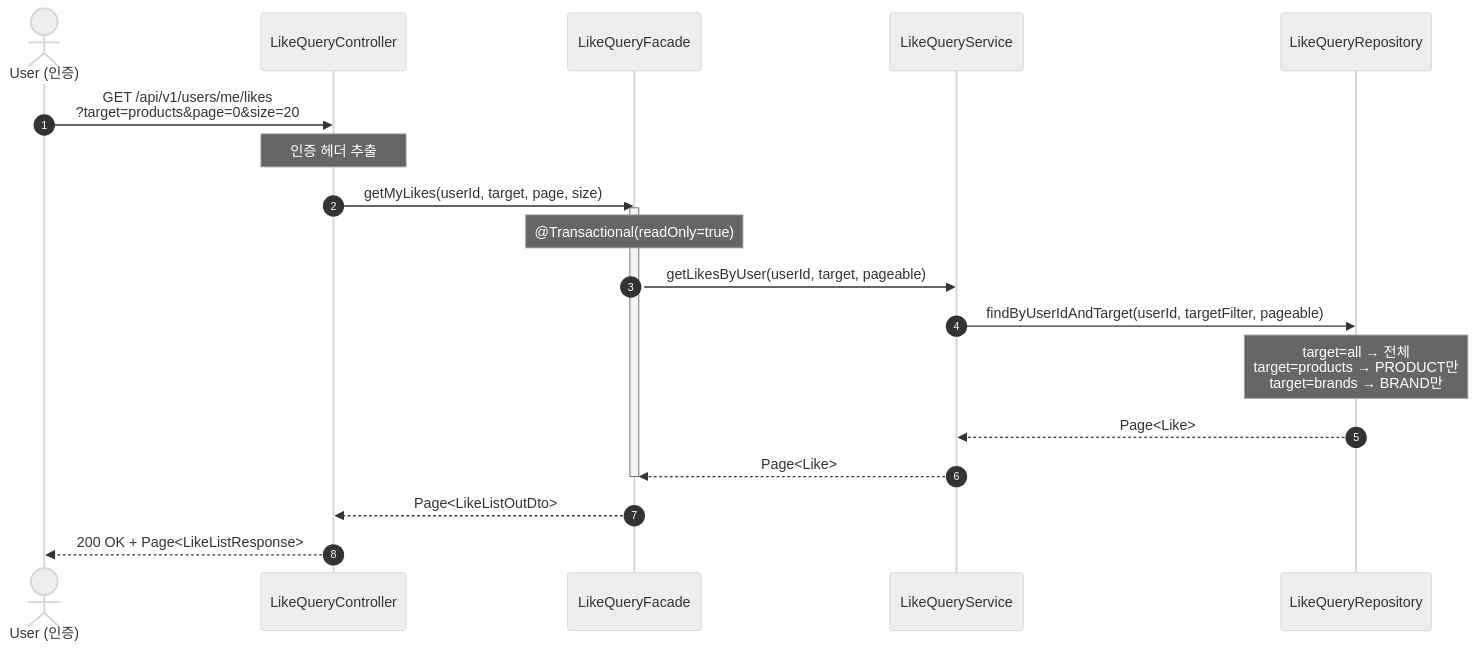
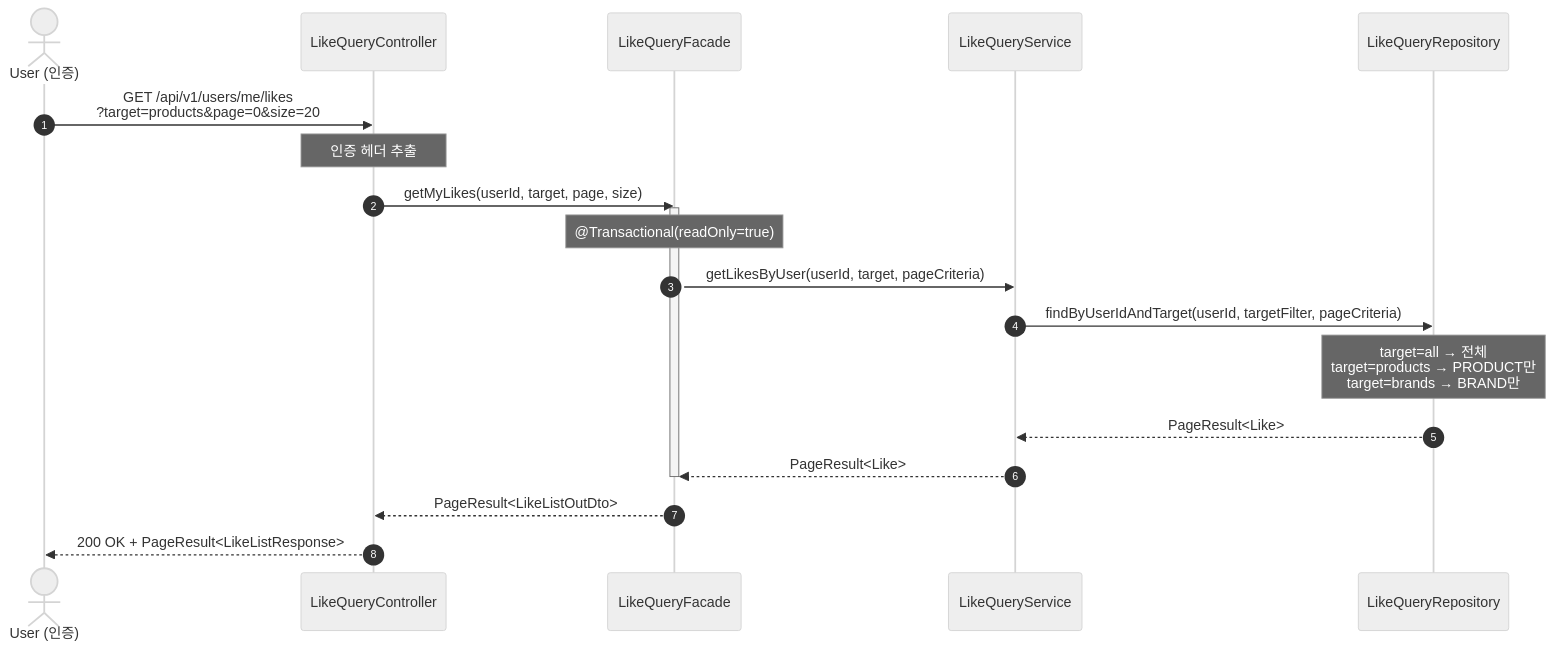
One commit to Hwan0518/loop-pack-be-l2-vol3-java changed diagram 13 of 26 in docs/design/02-sequence-diagrams.md. Above: the diagram before and after it, drawn with Mermaid (neutral theme). The commit also changed other lines of this file and 7 other files, not shown here.

````diff
--- a/docs/design/02-sequence-diagrams.md
+++ b/docs/design/02-sequence-diagrams.md
@@ -709,25 +709,25 @@
 ```mermaid
 sequenceDiagram
     autonumber
     actor User as User (인증)
     participant Controller as LikeQueryController
     participant Facade as LikeQueryFacade
     participant Service as LikeQueryService
     participant Repository as LikeQueryRepository
 
     User->>Controller: GET /api/v1/users/me/likes<br/>?target=products&page=0&size=20
     Note over Controller: 인증 헤더 추출
     Controller->>Facade: getMyLikes(userId, target, page, size)
     activate Facade
     Note over Facade: @Transactional(readOnly=true)
 
-    Facade->>Service: getLikesByUser(userId, target, pageable)
-    Service->>Repository: findByUserIdAndTarget(userId, targetFilter, pageable)
+    Facade->>Service: getLikesByUser(userId, target, pageCriteria)
+    Service->>Repository: findByUserIdAndTarget(userId, targetFilter, pageCriteria)
     Note over Repository: target=all → 전체<br/>target=products → PRODUCT만<br/>target=brands → BRAND만
-    Repository-->>Service: Page<Like>
-    Service-->>Facade: Page<Like>
+    Repository-->>Service: PageResult<Like>
+    Service-->>Facade: PageResult<Like>
 
     deactivate Facade
-    Facade-->>Controller: Page<LikeListOutDto>
-    Controller-->>User: 200 OK + Page<LikeListResponse>
+    Facade-->>Controller: PageResult<LikeListOutDto>
+    Controller-->>User: 200 OK + PageResult<LikeListResponse>
 ```
````
